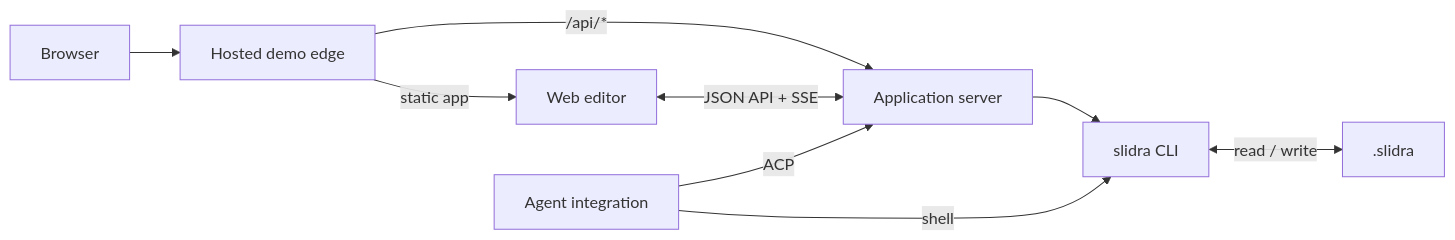
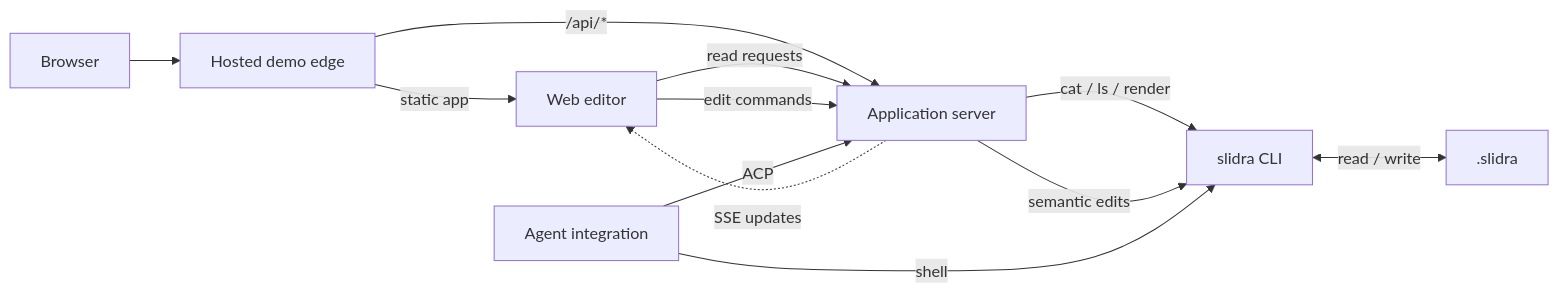
The diagram in README.md (Noopher-AI/slidra), drawn with Mermaid before and after one commit. The commit also changed other lines of this file, not shown here.

Commit message:
docs: clarify CLI read and write paths

````diff
--- a/README.md
+++ b/README.md
@@ -245,11 +245,14 @@
 ```mermaid
 flowchart LR
     Browser["Browser"] --> Edge["Hosted demo edge"]
     Edge -->|"static app"| Web["Web editor"]
     Edge -->|"/api/*"| Server["Application server"]
-    Web <-->|"JSON API + SSE"| Server
+    Web -->|"read requests"| Server
+    Web -->|"edit commands"| Server
+    Server -.->|"SSE updates"| Web
     Agent["Agent integration"] -->|"ACP"| Server
-    Server --> CLI["slidra CLI"]
+    Server -->|"cat / ls / render"| CLI["slidra CLI"]
+    Server -->|"semantic edits"| CLI
     Agent -->|"shell"| CLI
     CLI <-->|"read / write"| Deck[".slidra"]
 ```
````
